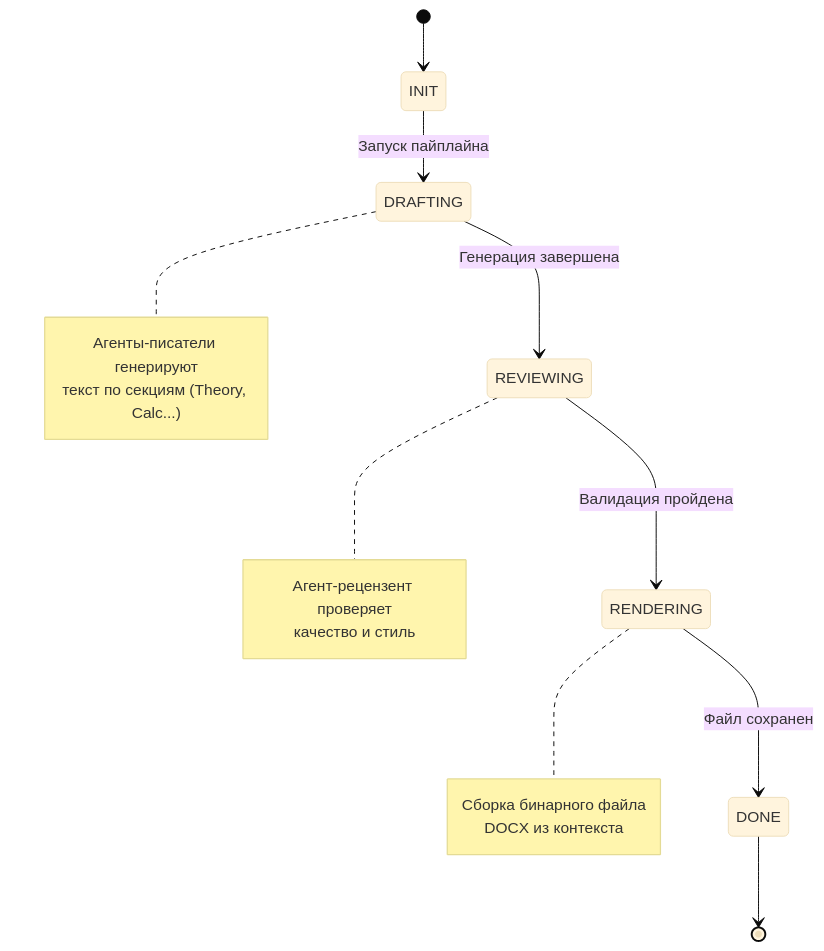
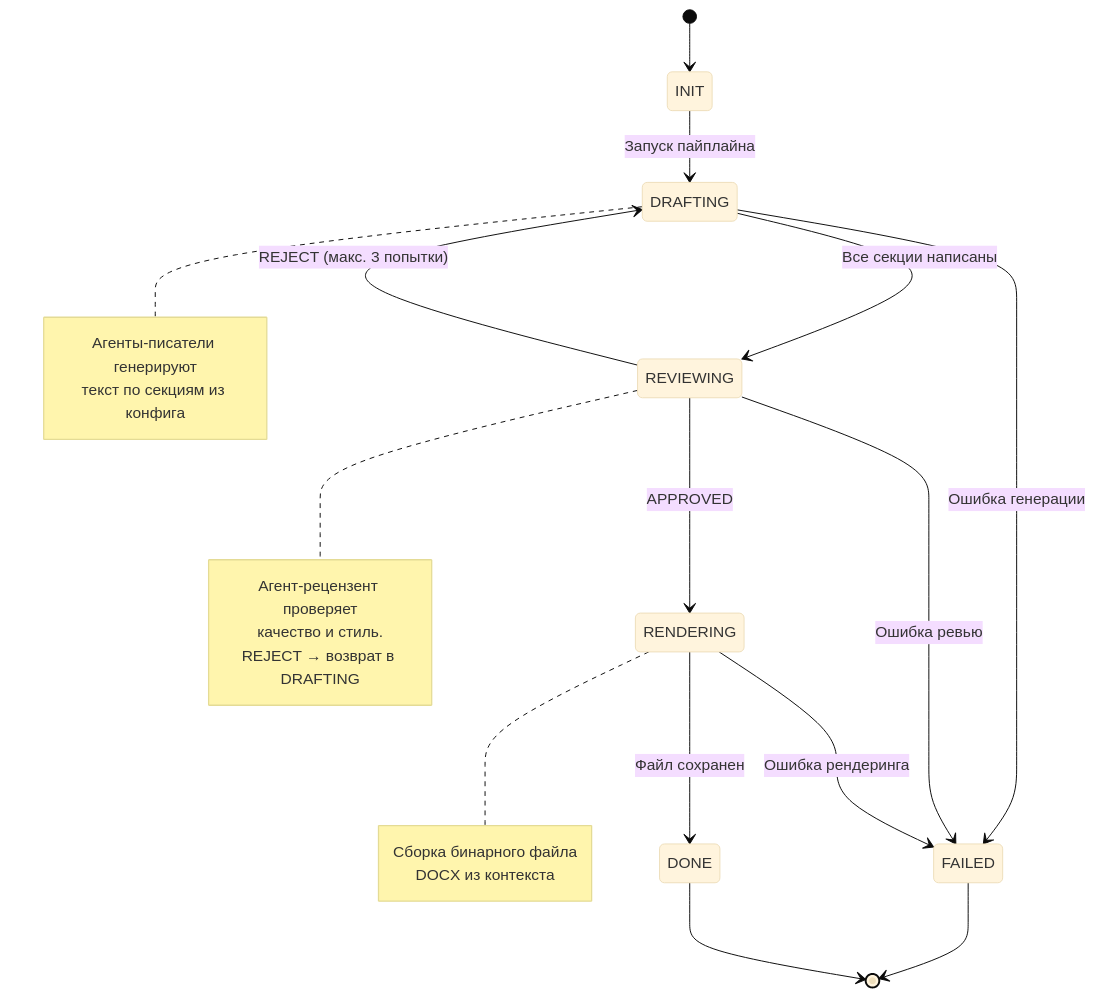
Before and after one commit to Lotargo/Academic-Pipeline-Engine: the first of 2 diagrams in docs/ORCHESTRATION.md, drawn with Mermaid (base theme). The commit also changed other lines of this file and 10 other files, not shown here.

````diff
--- a/docs/ORCHESTRATION.md
+++ b/docs/ORCHESTRATION.md
@@ -7,25 +7,34 @@
 ```mermaid
 stateDiagram-v2
     [*] --> INIT
 
     INIT --> DRAFTING : Запуск пайплайна
     note right of DRAFTING
         Агенты-писатели генерируют
-        текст по секциям (Theory, Calc...)
+        текст по секциям из конфига
     end note
 
-    DRAFTING --> REVIEWING : Генерация завершена
+    DRAFTING --> REVIEWING : Все секции написаны
     note right of REVIEWING
         Агент-рецензент проверяет
-        качество и стиль
+        качество и стиль.
+        REJECT → возврат в DRAFTING
     end note
 
-    REVIEWING --> RENDERING : Валидация пройдена
+    REVIEWING --> DRAFTING : REJECT (макс. 3 попытки)
+    REVIEWING --> RENDERING : APPROVED
+
     note right of RENDERING
         Сборка бинарного файла
         DOCX из контекста
     end note
 
     RENDERING --> DONE : Файл сохранен
+
+    DRAFTING --> FAILED : Ошибка генерации
+    REVIEWING --> FAILED : Ошибка ревью
+    RENDERING --> FAILED : Ошибка рендеринга
+
+    FAILED --> [*]
     DONE --> [*]
 ```
````
